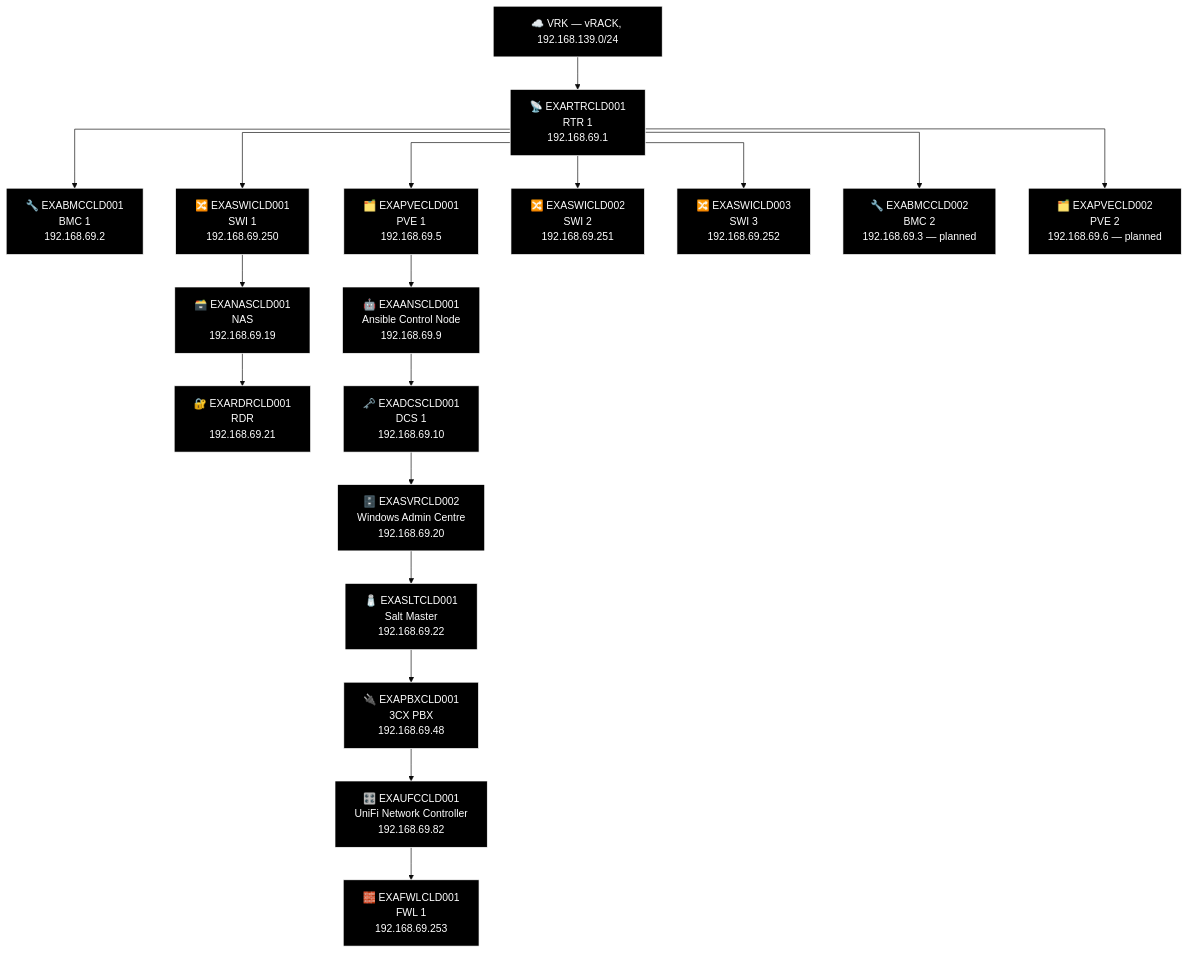
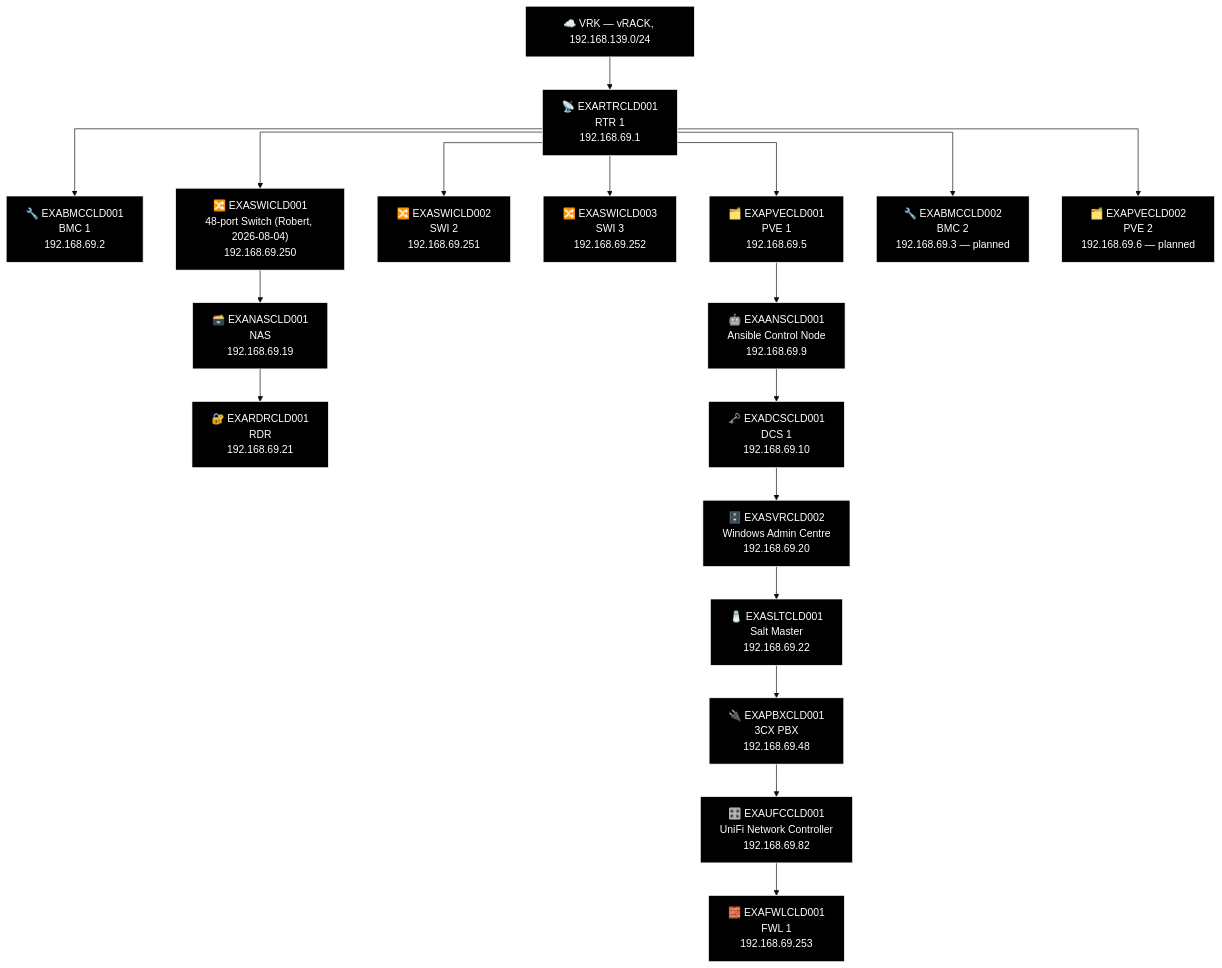
Before and after one commit to knightmare2600/example_music_infra: the second of 2 diagrams in docs/network-diagram/cld.md, drawn with Mermaid (base theme). The commit also changed 11 other files, not shown here.

````diff
--- a/docs/network-diagram/cld.md
+++ b/docs/network-diagram/cld.md
@@ -44,52 +44,52 @@
 ```mermaid
 %% GENERATED:TOPOLOGY:CLD:START
 %%{init: {'flowchart': {'curve': 'stepAfter'}}}%%
 graph TD
     T_VRK["☁️ VRK — vRACK, 192.168.139.0/24"]
     T_RTR["📡 EXARTRCLD001<br/>RTR 1<br/>192.168.69.1"]
     T_VRK --> T_RTR
     T_BMC["🔧 EXABMCCLD001<br/>BMC 1<br/>192.168.69.2"]
     T_RTR --> T_BMC
     T_PVE["🗂️ EXAPVECLD001<br/>PVE 1<br/>192.168.69.5"]
     T_RTR --> T_PVE
-    T_SWI["🔀 EXASWICLD001<br/>SWI 1<br/>192.168.69.250"]
+    T_SWI["🔀 EXASWICLD002<br/>SWI 2<br/>192.168.69.251"]
     T_RTR --> T_SWI
-    T_SWI2["🔀 EXASWICLD002<br/>SWI 2<br/>192.168.69.251"]
+    T_SWI2["🔀 EXASWICLD003<br/>SWI 3<br/>192.168.69.252"]
     T_RTR --> T_SWI2
-    T_SWI3["🔀 EXASWICLD003<br/>SWI 3<br/>192.168.69.252"]
+    T_SWI3["🔀 EXASWICLD001<br/>48-port Switch (Robert, 2026-08-04)<br/>192.168.69.250"]
     T_RTR --> T_SWI3
     T_BMC2["🔧 EXABMCCLD002<br/>BMC 2<br/>192.168.69.3 — planned"]
     T_RTR --> T_BMC2
     T_PVE2["🗂️ EXAPVECLD002<br/>PVE 2<br/>192.168.69.6 — planned"]
     T_RTR --> T_PVE2
     T_NAS["🗃️ EXANASCLD001<br/>NAS<br/>192.168.69.19"]
     T_RDR["🔐 EXARDRCLD001<br/>RDR<br/>192.168.69.21"]
-    T_SWI --> T_NAS --> T_RDR
+    T_SWI3 --> T_NAS --> T_RDR
     T_ANS["🤖 EXAANSCLD001<br/>Ansible Control Node<br/>192.168.69.9"]
     T_DCS["🗝️ EXADCSCLD001<br/>DCS 1<br/>192.168.69.10"]
     T_SVR["🗄️ EXASVRCLD002<br/>Windows Admin Centre<br/>192.168.69.20"]
     T_SLT["🧂 EXASLTCLD001<br/>Salt Master<br/>192.168.69.22"]
     T_PBX["🔌 EXAPBXCLD001<br/>3CX PBX<br/>192.168.69.48"]
     T_UFC["🎛️ EXAUFCCLD001<br/>UniFi Network Controller<br/>192.168.69.82"]
     T_FWL["🧱 EXAFWLCLD001<br/>FWL 1<br/>192.168.69.253"]
     T_PVE --> T_ANS --> T_DCS --> T_SVR --> T_SLT --> T_PBX --> T_UFC --> T_FWL
     style T_VRK fill:#000000,stroke:#FFFFFF,color:#FFFFFF
     style T_RTR fill:#000000,stroke:#FFFFFF,color:#FFFFFF
     style T_BMC fill:#000000,stroke:#FFFFFF,color:#FFFFFF
     style T_PVE fill:#000000,stroke:#FFFFFF,color:#FFFFFF
     style T_SWI fill:#000000,stroke:#FFFFFF,color:#FFFFFF
     style T_SWI2 fill:#000000,stroke:#FFFFFF,color:#FFFFFF
     style T_SWI3 fill:#000000,stroke:#FFFFFF,color:#FFFFFF
     style T_BMC2 fill:#000000,stroke:#FFFFFF,color:#FFFFFF
     style T_PVE2 fill:#000000,stroke:#FFFFFF,color:#FFFFFF
     style T_NAS fill:#000000,stroke:#FFFFFF,color:#FFFFFF
     style T_RDR fill:#000000,stroke:#FFFFFF,color:#FFFFFF
     style T_ANS fill:#000000,stroke:#FFFFFF,color:#FFFFFF
     style T_DCS fill:#000000,stroke:#FFFFFF,color:#FFFFFF
     style T_SVR fill:#000000,stroke:#FFFFFF,color:#FFFFFF
     style T_SLT fill:#000000,stroke:#FFFFFF,color:#FFFFFF
     style T_PBX fill:#000000,stroke:#FFFFFF,color:#FFFFFF
     style T_UFC fill:#000000,stroke:#FFFFFF,color:#FFFFFF
     style T_FWL fill:#000000,stroke:#FFFFFF,color:#FFFFFF
 %% GENERATED:TOPOLOGY:CLD:END
 ```
````
